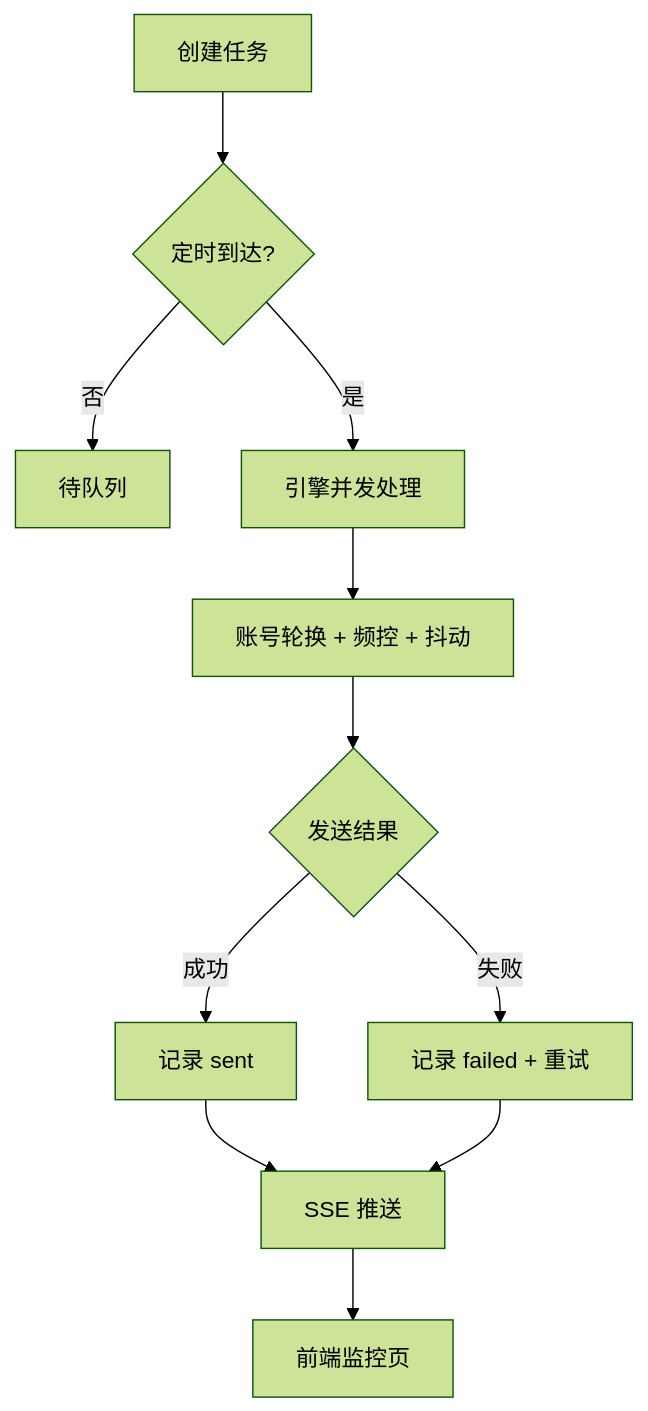
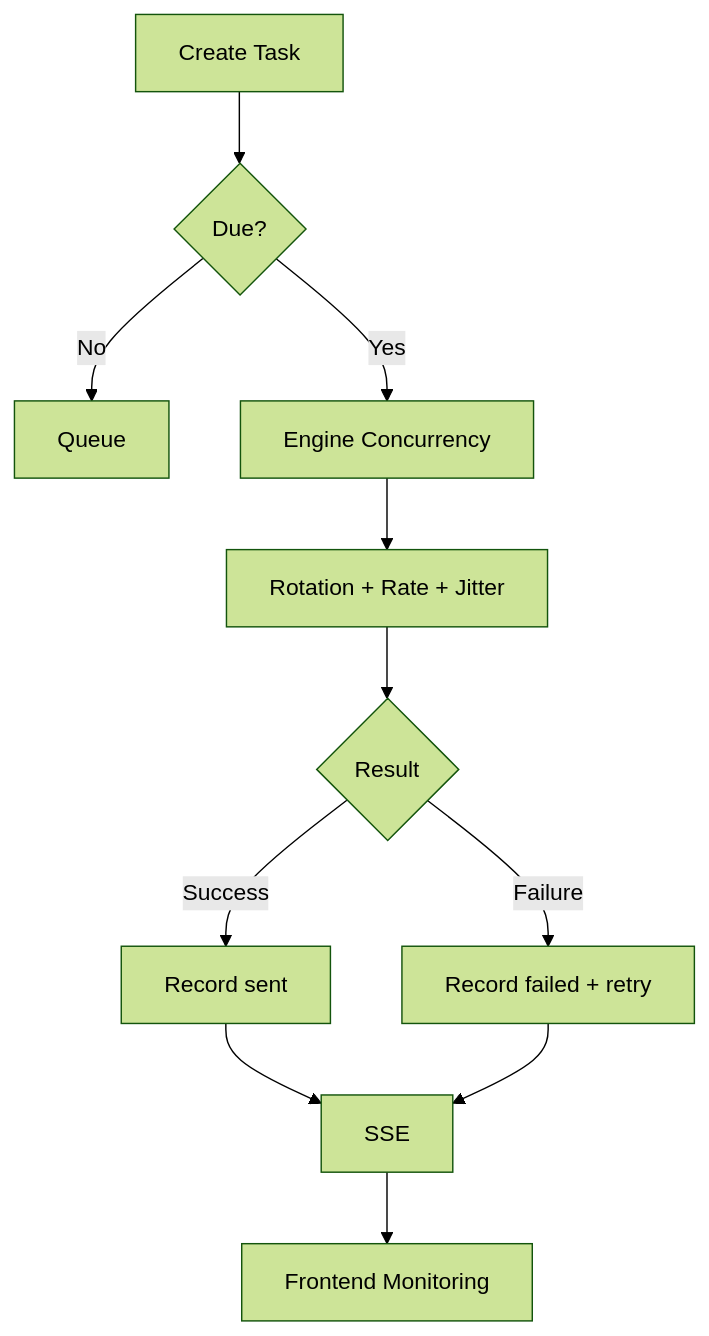
The second of 2 diagrams in README.md (HYKINGDOM/golang-email), drawn with Mermaid (forest theme) before and after one commit. The commit also changed other lines of this file and 1 other file, not shown here.

````diff
--- a/README.md
+++ b/README.md
@@ -38,13 +36,13 @@
 ```mermaid
 flowchart TD
-  A[创建任务] --> B{定时到达?}
-  B -- 否 --> C[待队列]
-  B -- 是 --> D[引擎并发处理]
-  D --> E[账号轮换 + 频控 + 抖动]
-  E --> F{发送结果}
-  F -- 成功 --> G[记录 sent]
-  F -- 失败 --> H[记录 failed + 重试]
-  G --> I[SSE 推送]
+  A[Create Task] --> B{Due?}
+  B -- No --> C[Queue]
+  B -- Yes --> D[Engine Concurrency]
+  D --> E[Rotation + Rate + Jitter]
+  E --> F{Result}
+  F -- Success --> G[Record sent]
+  F -- Failure --> H[Record failed + retry]
+  G --> I[SSE]
   H --> I
-  I --> J[前端监控页]
+  I --> J[Frontend Monitoring]
 ```
````
